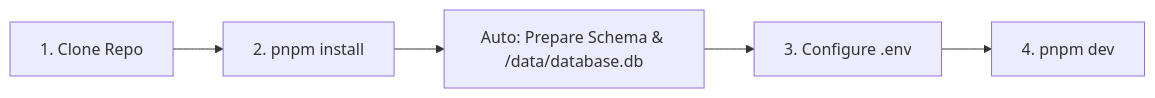
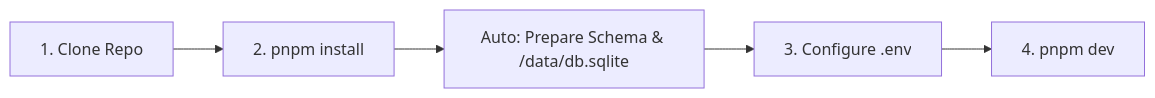
The diagram in wiki/Getting-Started.md (PhantomNimbi/Master-Bot), drawn with Mermaid before and after one commit. The commit also changed other lines of this file and 28 other files, not shown here.

````diff
--- a/wiki/Getting-Started.md
+++ b/wiki/Getting-Started.md
@@ -37,7 +37,7 @@
 ```mermaid
 flowchart LR
     Clone[1. Clone Repo] --> Install[2. pnpm install]
-    Install --> DBInit[Auto: Prepare Schema & /data/database.db]
+    Install --> DBInit[Auto: Prepare Schema & /data/db.sqlite]
     DBInit --> Config[3. Configure .env]
     Config --> Run[4. pnpm dev]
 ```
````
